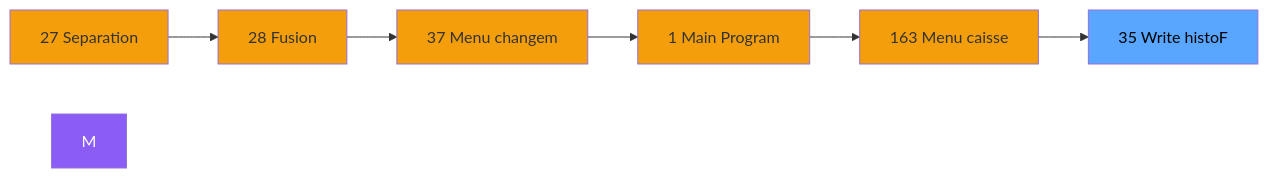
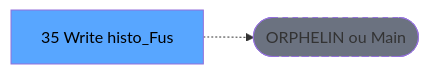
One commit to thonyAGP/lecteur-magic changed the second of 3 diagrams in .openspec/renders/ADH-IDE-35.md. Above: the diagram before and after it, drawn with Mermaid. The commit also changed other lines of this file and 701 other files, not shown here.

````diff
--- a/.openspec/renders/ADH-IDE-35.md
+++ b/.openspec/renders/ADH-IDE-35.md
@@ -106,21 +117,8 @@
 ```mermaid
 graph LR
-    N27[27 Separation]
-    N28[28 Fusion]
-    N37[37 Menu changem]
-    N1[1 Main Program]
-    N163[163 Menu caisse ]
-    T[35 Write histoF]
-    N27 --> N28
-    N28 --> N37
-    N37 --> N1
-    N1 --> N163
-    N163 --> T
-    style M fill:#8b5cf6,color:#fff
-    style N27 fill:#f59e0b
-    style N28 fill:#f59e0b
-    style N37 fill:#f59e0b
-    style N1 fill:#f59e0b
-    style N163 fill:#f59e0b
+    T[35 Write histo_Fus]
+    ORPHAN([ORPHELIN ou Main])
+    T -.-> ORPHAN
     style T fill:#58a6ff,color:#000
+    style ORPHAN fill:#6b7280,stroke-dasharray: 5 5
 ```
````
